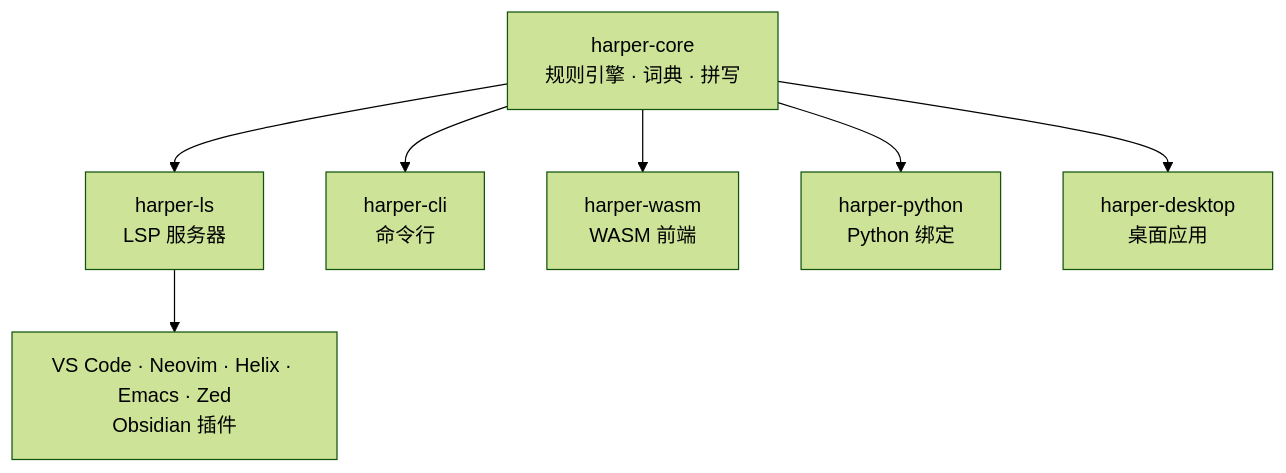
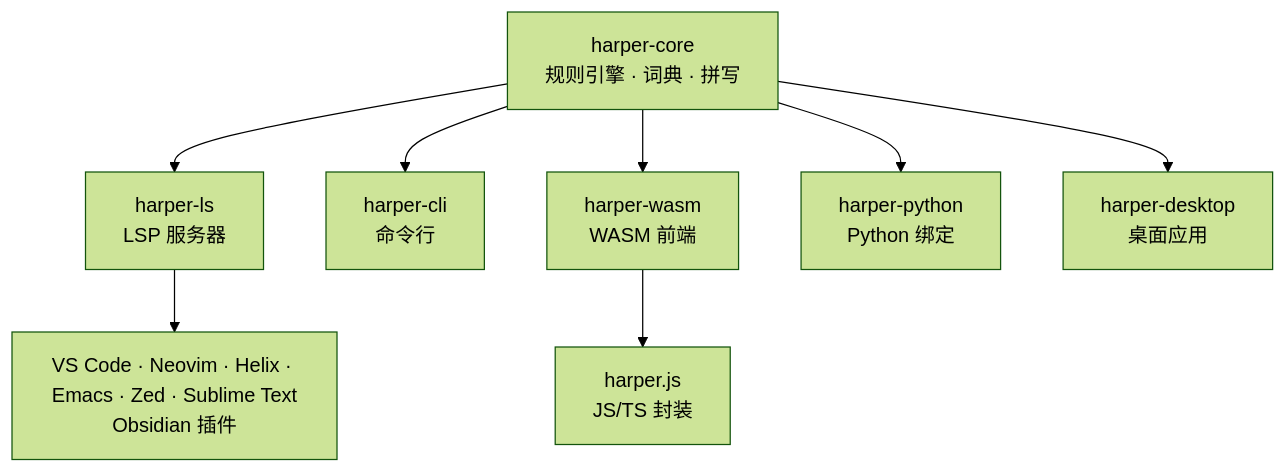
The diagram in content/posts/tech/automattic-harper-privacy-first-grammar-checker-rust.md (A1pha3/text-matrix), drawn with Mermaid (forest theme) before and after one commit. The commit also changed other lines of this file and 21 other files, not shown here.

````diff
--- a/content/posts/tech/automattic-harper-privacy-first-grammar-checker-rust.md
+++ b/content/posts/tech/automattic-harper-privacy-first-grammar-checker-rust.md
@@ -25,13 +25,15 @@
 ```mermaid
 flowchart TB
     Core["harper-core<br/>规则引擎 · 词典 · 拼写"]
     Ls["harper-ls<br/>LSP 服务器"]
     Cli["harper-cli<br/>命令行"]
     Wasm["harper-wasm<br/>WASM 前端"]
     Py["harper-python<br/>Python 绑定"]
     Desktop["harper-desktop<br/>桌面应用"]
-    Editors["VS Code · Neovim · Helix · Emacs · Zed<br/>Obsidian 插件"]
+    Js["harper.js<br/>JS/TS 封装"]
+    Editors["VS Code · Neovim · Helix · Emacs · Zed · Sublime Text<br/>Obsidian 插件"]
 
     Core --> Ls & Cli & Wasm & Py & Desktop
     Ls --> Editors
+    Wasm --> Js
 ```
````
